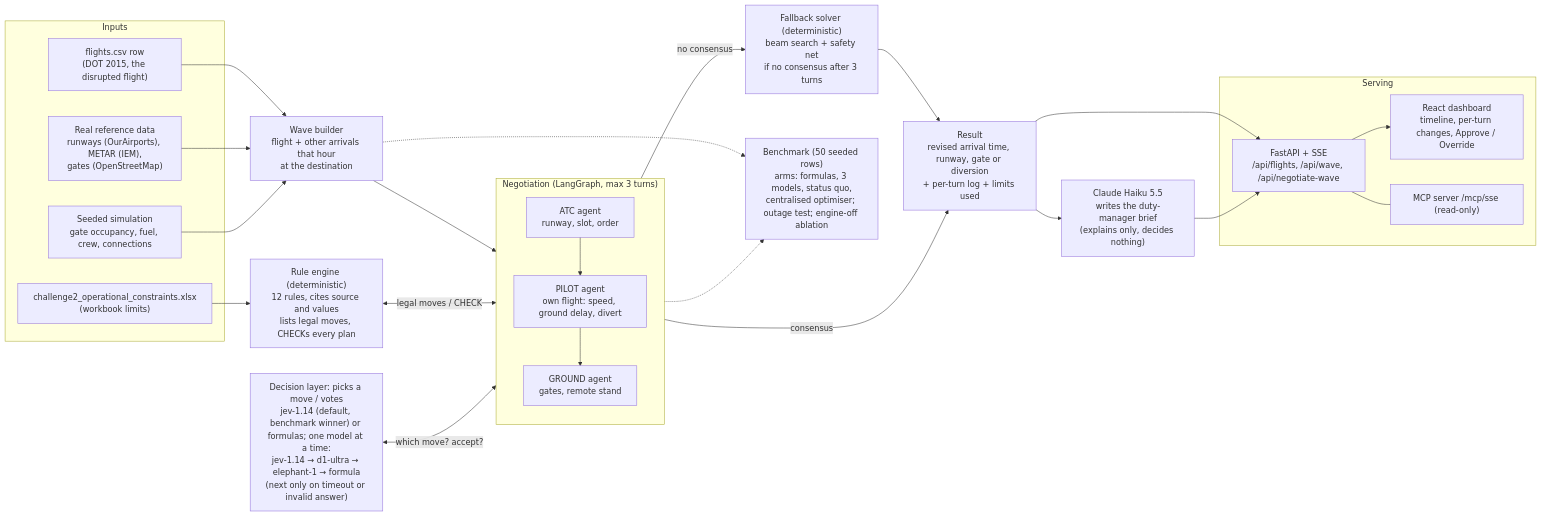
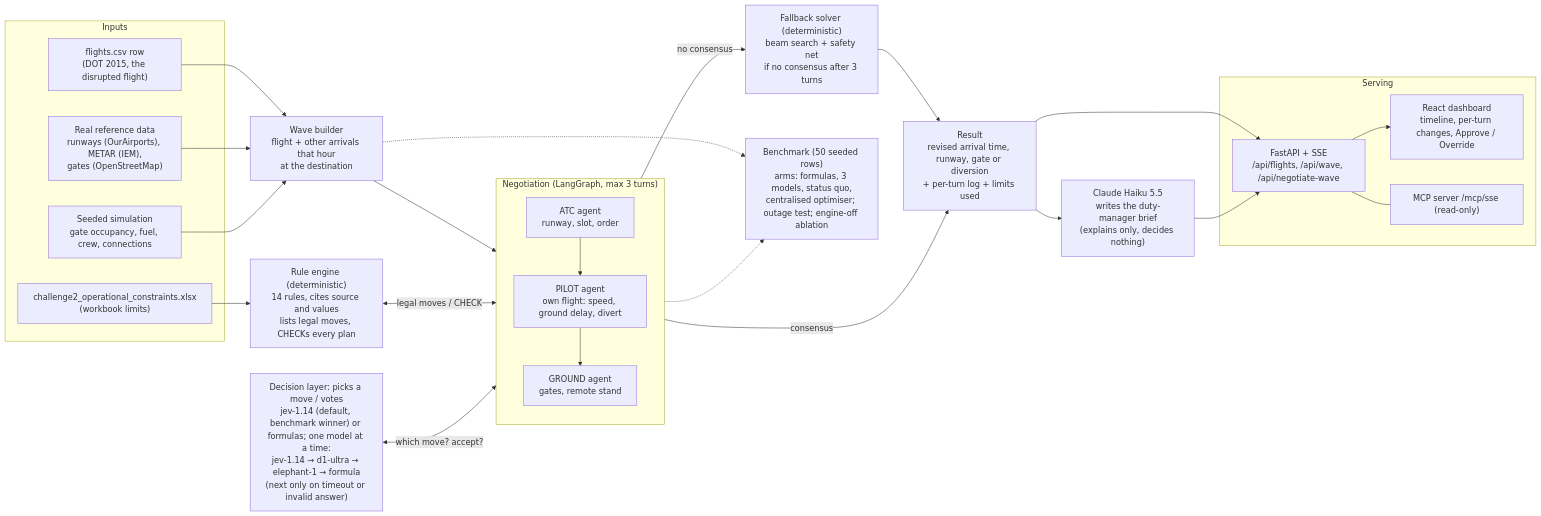
The first of 2 diagrams in README.md (zhihaohong52/final_approach), drawn with Mermaid before and after one commit. The commit also changed other lines of this file and 14 other files, not shown here.

````diff
--- a/README.md
+++ b/README.md
@@ -49,50 +49,50 @@
 ```mermaid
 flowchart LR
   subgraph DATA["Inputs"]
     F["flights.csv row<br/>(DOT 2015, the disrupted flight)"]
     WB["challenge2_operational_constraints.xlsx<br/>(workbook limits)"]
     REF["Real reference data<br/>runways (OurAirports), METAR (IEM),<br/>gates (OpenStreetMap)"]
     SIM["Seeded simulation<br/>gate occupancy, fuel, crew, connections"]
   end
 
   BUILD["Wave builder<br/>flight + other arrivals that hour<br/>at the destination"]
   F --> BUILD
   REF --> BUILD
   SIM --> BUILD
 
   subgraph NEG["Negotiation (LangGraph, max 3 turns)"]
     direction TB
     ATC["ATC agent<br/>runway, slot, order"]
     PIL["PILOT agent<br/>own flight: speed, ground delay, divert"]
     GND["GROUND agent<br/>gates, remote stand"]
     ATC --> PIL --> GND
   end
 
-  ENGINE["Rule engine (deterministic)<br/>12 rules, cites source and values<br/>lists legal moves, CHECKs every plan"]
+  ENGINE["Rule engine (deterministic)<br/>14 rules, cites source and values<br/>lists legal moves, CHECKs every plan"]
   DEC["Decision layer: picks a move / votes<br/>jev-1.14 (default, benchmark winner) or formulas; one model at a time:<br/>jev-1.14 → d1-ultra → elephant-1 → formula<br/>(next only on timeout or invalid answer)"]
   FB["Fallback solver (deterministic)<br/>beam search + safety net<br/>if no consensus after 3 turns"]
   NAR["Claude Haiku 5.5<br/>writes the duty-manager brief<br/>(explains only, decides nothing)"]
 
   BUILD --> NEG
   WB --> ENGINE
   ENGINE <-->|"legal moves / CHECK"| NEG
   DEC <-->|"which move? accept?"| NEG
   NEG -->|"no consensus"| FB
   FB --> OUT
   NEG -->|"consensus"| OUT
   OUT["Result<br/>revised arrival time, runway, gate or diversion<br/>+ per-turn log + limits used"]
   OUT --> NAR
 
   subgraph SERVE["Serving"]
     API["FastAPI + SSE<br/>/api/flights, /api/wave, /api/negotiate-wave"]
     UI["React dashboard<br/>timeline, per-turn changes, Approve / Override"]
     MCP["MCP server /mcp/sse (read-only)"]
   end
   OUT --> API --> UI
   NAR --> API
   API --- MCP
 
   BENCH["Benchmark (50 seeded rows)<br/>arms: formulas, 3 models, status quo,<br/>centralised optimiser; outage test; engine-off ablation"]
   BUILD -.-> BENCH
   NEG -.-> BENCH
 ```
````
